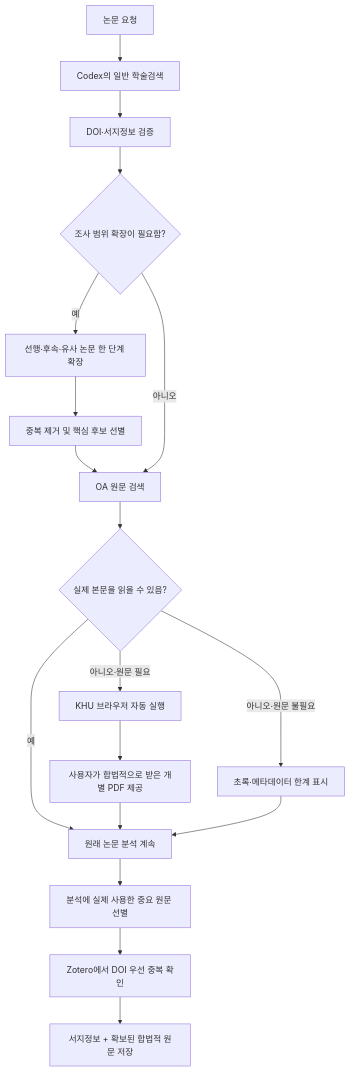
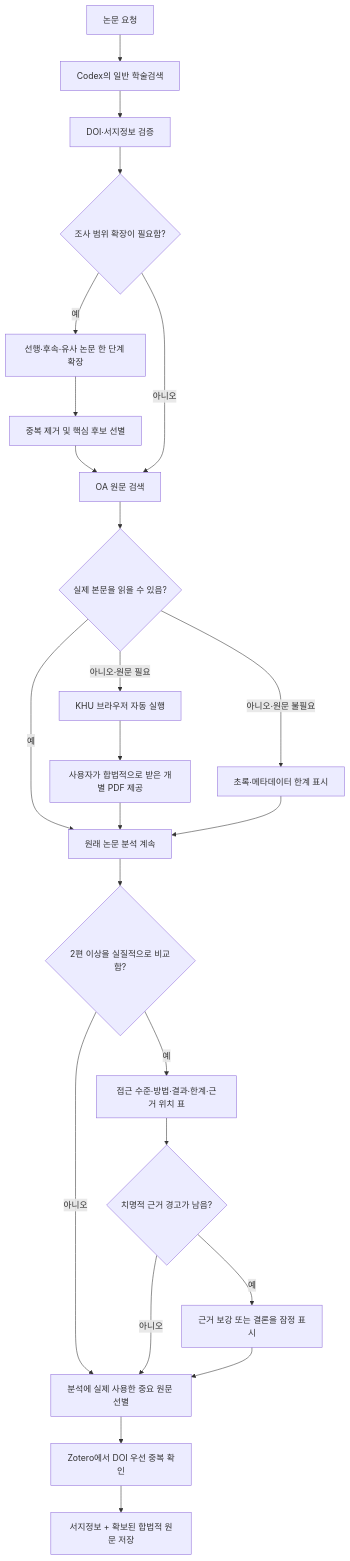
Before and after one commit to gimmiso/unipaper-bridge: the diagram in README.md, drawn with Mermaid. The commit also changed other lines of this file and 19 other files, not shown here.

````diff
--- a/README.md
+++ b/README.md
@@ -47,20 +50,26 @@
 ```mermaid
 flowchart TD
     A["논문 요청"] --> B["Codex의 일반 학술검색"]
     B --> C["DOI·서지정보 검증"]
     C --> M{"조사 범위 확장이 필요함?"}
     M -->|예| N["선행·후속·유사 논문 한 단계 확장"]
     N --> O["중복 제거 및 핵심 후보 선별"]
     O --> D["OA 원문 검색"]
     M -->|아니오| D
     D --> E{"실제 본문을 읽을 수 있음?"}
     E -->|예| H["원래 논문 분석 계속"]
     E -->|아니오·원문 불필요| F["초록·메타데이터 한계 표시"]
     E -->|아니오·원문 필요| G["KHU 브라우저 자동 실행"]
     G --> I["사용자가 합법적으로 받은 개별 PDF 제공"]
     I --> H
     F --> H
-    H --> J["분석에 실제 사용한 중요 원문 선별"]
+    H --> P{"2편 이상을 실질적으로 비교함?"}
+    P -->|예| Q["접근 수준·방법·결과·한계·근거 위치 표"]
+    P -->|아니오| J["분석에 실제 사용한 중요 원문 선별"]
+    Q --> R{"치명적 근거 경고가 남음?"}
+    R -->|예| S["근거 보강 또는 결론을 잠정 표시"]
+    R -->|아니오| J
+    S --> J
     J --> K["Zotero에서 DOI 우선 중복 확인"]
     K --> L["서지정보 + 확보된 합법적 원문 저장"]
 ```
````
